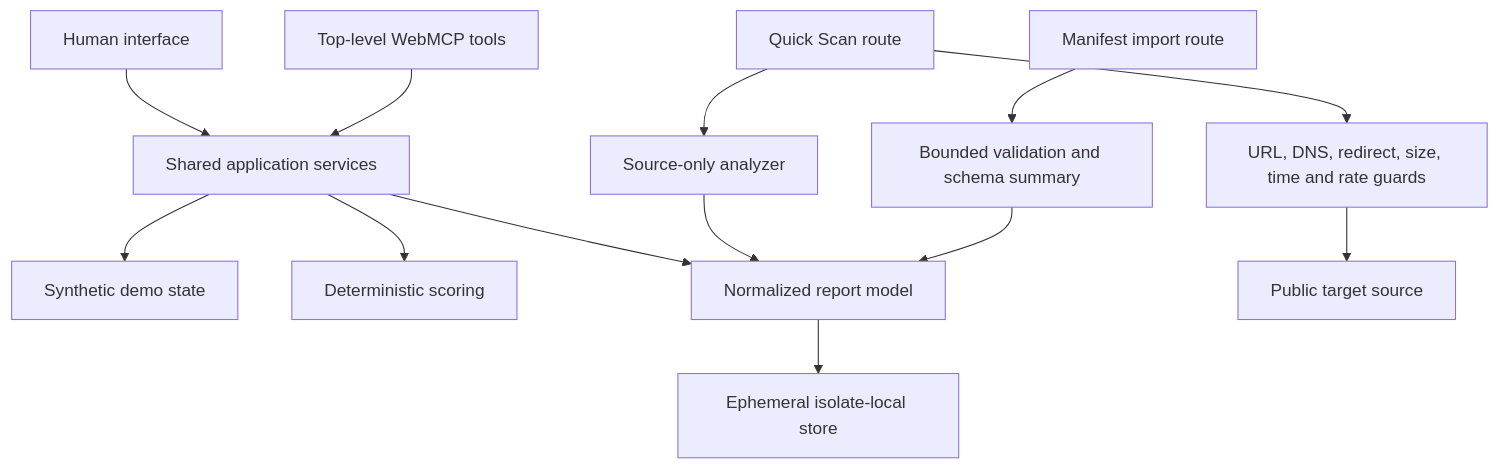
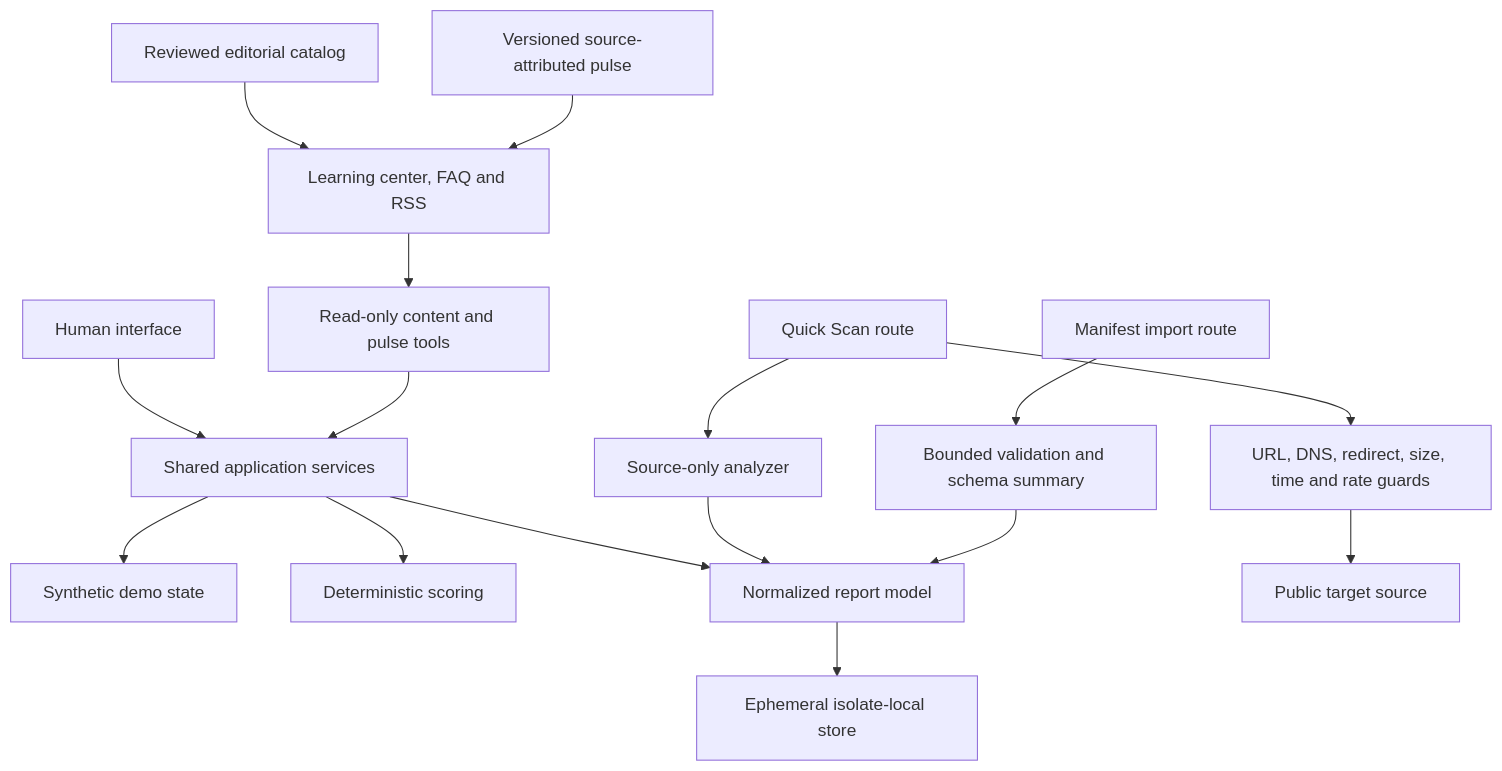
One commit to mlmrx/iswebmcp changed the diagram in docs/architecture.md. Above: the diagram before and after it, drawn with Mermaid. The commit also changed other lines of this file and 27 other files, not shown here.

Commit message:
feat: add WebMCP learning and pulse platform

````diff
--- a/docs/architecture.md
+++ b/docs/architecture.md
@@ -14,15 +17,18 @@
 ```mermaid
 flowchart TD
   Person[Human interface] --> Services[Shared application services]
   Agent[Top-level WebMCP tools] --> Services
   Services --> Demo[Synthetic demo state]
   Services --> Scoring[Deterministic scoring]
   Services --> Reports[Normalized report model]
   Scan[Quick Scan route] --> Guard[URL, DNS, redirect, size, time and rate guards]
   Guard --> Public[Public target source]
   Scan --> Analyzer[Source-only analyzer]
   Analyzer --> Reports
   Import[Manifest import route] --> Sanitize[Bounded validation and schema summary]
   Sanitize --> Reports
   Reports --> Memory[Ephemeral isolate-local store]
+  Editorial[Reviewed editorial catalog] --> Learn[Learning center, FAQ and RSS]
+  Pulse[Versioned source-attributed pulse] --> Learn
+  Learn --> Agent[Read-only content and pulse tools]
 ```
````
